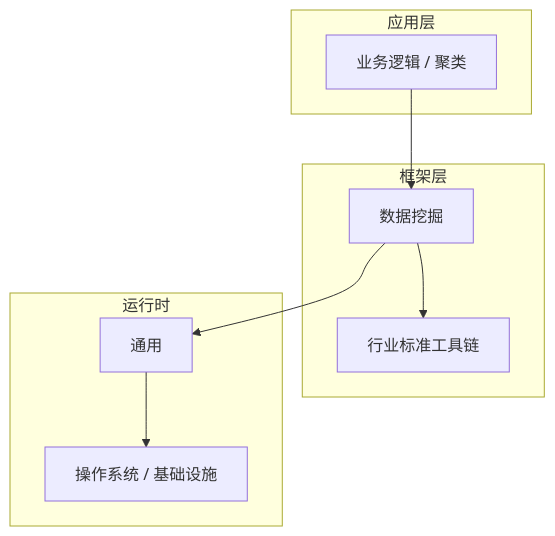
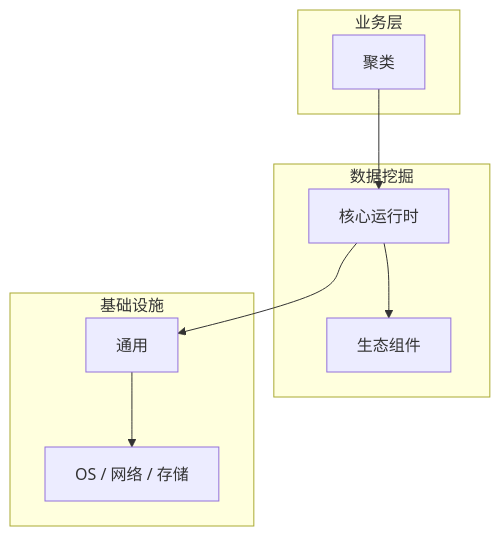
Before and after one commit to yanggan2015/knowledge-json-v2: the diagram in articles/数据挖掘/chapters/031-聚类核心概念与原理.md, drawn with Mermaid. The commit also changed other lines of this file and 10127 other files, not shown here.

````diff
--- a/articles/数据挖掘/chapters/031-聚类核心概念与原理.md
+++ b/articles/数据挖掘/chapters/031-聚类核心概念与原理.md
@@ -45,18 +30,18 @@
 ```mermaid
 graph TB
-    subgraph 应用层
-        A[业务逻辑 / 聚类]
+    subgraph 业务层
+        A[聚类]
     end
-    subgraph 框架层
-        B[数据挖掘]
-        C[行业标准工具链]
+    subgraph 数据挖掘
+        B[核心运行时]
+        C[生态组件]
     end
-    subgraph 运行时
+    subgraph 基础设施
         D[通用]
-        E[操作系统 / 基础设施]
+        E[OS / 网络 / 存储]
     end
     A --> B
     B --> C
     B --> D
     D --> E
 ```
````
